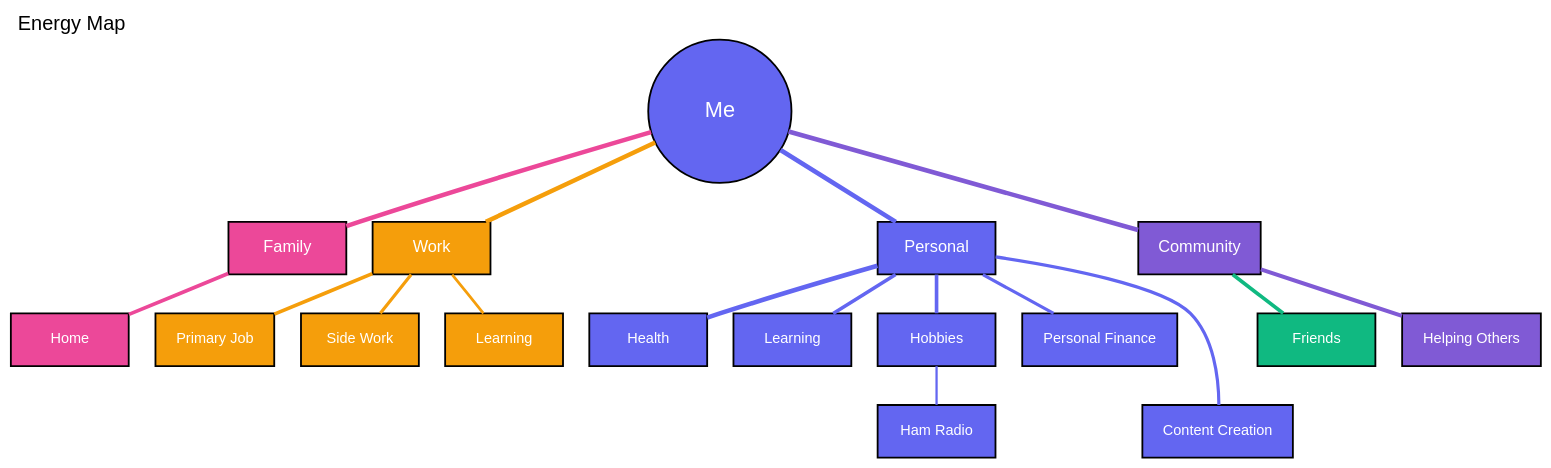
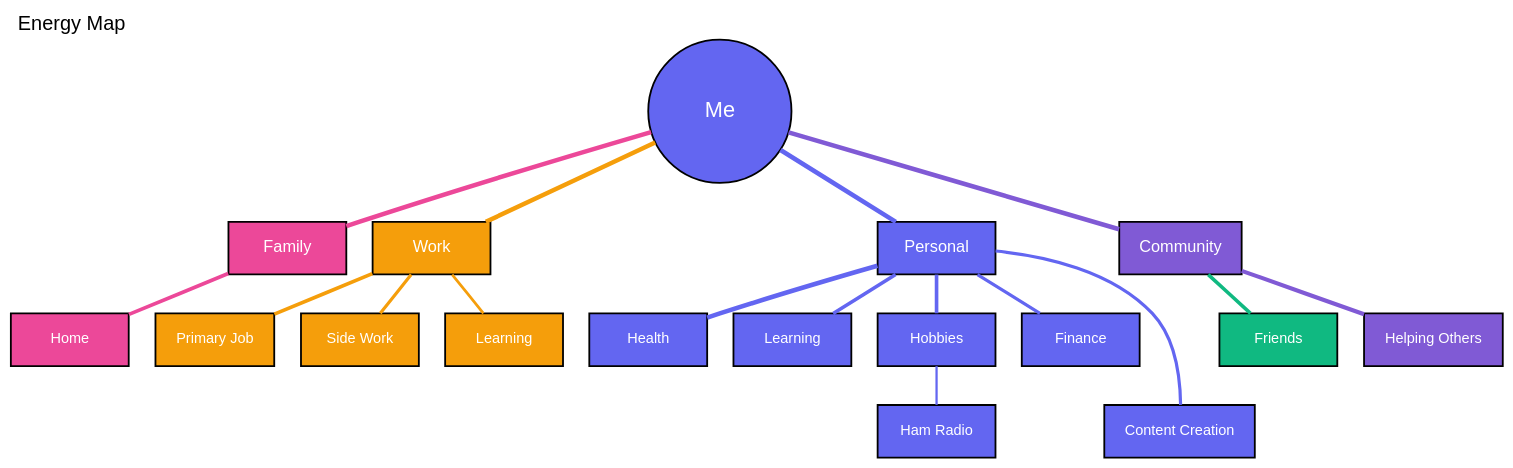
One commit to thejasonkendall/energy-map changed the diagram in input.dot. Above: the diagram before and after it, drawn with Graphviz.

```diff
--- a/input.dot
+++ b/input.dot
@@ -1,92 +1,92 @@
 digraph EnergyMap {
     // Basic settings
     graph [fontname="Arial", fontsize=22, fontcolor="black", label="Energy Map", labelloc=tl, labeljust=l, splines=true, nodesep=0.4, ranksep=0.6];
     node [fontname="Arial", style="filled", shape="box", fontcolor="white", fontsize=16, margin="0.3,0.2", height=0.8, width=1.8, penwidth=2];
     edge [penwidth=3, arrowhead=none];
     
     // Main node
     Me [fillcolor="#6366F1", shape="circle", width=2.2, height=2.2, label="Me", fontsize=24];
     
     // Family section
     Family [fillcolor="#EC4899", fontsize=18, label="Family"];
     Home [fillcolor="#EC4899", label="Home"];
     
     // Work section
     Work [fillcolor="#F59E0B", fontsize=18, label="Work"];
     PrimaryJob [fillcolor="#F59E0B", label="Primary Job"];
     SideWork [fillcolor="#F59E0B", label="Side Work"];
     WorkLearning [fillcolor="#F59E0B", label="Learning"];
     
     // Personal section
     Personal [fillcolor="#6366F1", fontsize=18, label="Personal"];
     Health [fillcolor="#6366F1", label="Health"];
     Learning [fillcolor="#6366F1", label="Learning"];
     Hobbies [fillcolor="#6366F1", label="Hobbies"];
-    Finance [fillcolor="#6366F1", label="Personal Finance"];
+    Finance [fillcolor="#6366F1", label="Finance"];
     ContentCreation [fillcolor="#6366F1", label="Content Creation"];
     HamRadio [fillcolor="#6366F1", label="Ham Radio"];
     
     // Community section
     Community [fillcolor="#805AD5", fontsize=18, label="Community"];
     Friends [fillcolor="#10B981", label="Friends"];
     Helping [fillcolor="#805AD5", label="Helping Others"];
     
     // Create the structured layout with 3 rows
     {rank=same; Me}
     {rank=same; Family; Work}
     {rank=same; Personal; Community}
     {rank=same; Home; PrimaryJob}
     {rank=same; Health; Friends}
     {rank=same; SideWork; Learning}
     {rank=same; WorkLearning; Hobbies}
     {rank=same; Finance; Helping}
     {rank=same; ContentCreation; HamRadio}
     
     // Connect Me directly to main categories
     Me -> Family [color="#EC4899", penwidth=5];
     Me -> Work [color="#F59E0B", penwidth=5];
     Me -> Personal [color="#6366F1", penwidth=5];
     Me -> Community [color="#805AD5", penwidth=5];
     
     // Family connections
     Family -> Home [color="#EC4899", penwidth=4];
     
     // Work connections
     Work -> PrimaryJob [color="#F59E0B", penwidth=4];
     Work -> SideWork [color="#F59E0B", penwidth=3.5];
     Work -> WorkLearning [color="#F59E0B", penwidth=3];
     
     // Personal connections
     Personal -> Health [color="#6366F1", penwidth=5];
     Personal -> Learning [color="#6366F1", penwidth=4];
     Personal -> Hobbies [color="#6366F1", penwidth=4];
     Personal -> Finance [color="#6366F1", penwidth=3.5];
     Personal -> ContentCreation [color="#6366F1", penwidth=3.5];
     Hobbies -> HamRadio [color="#6366F1", penwidth=2.5];
     
     // Community connections
     Community -> Friends [color="#10B981", penwidth=4];
     Community -> Helping [color="#805AD5", penwidth=4.5];
     
     // Force layout for main categories
     Family -> Work [style=invis];
     Personal -> Community [style=invis];
     
     // Use subgraphs to force organization into columns
     subgraph cluster_left {
         label="";
         color=white;
         Family; Home;
         Personal; Health; Learning; Hobbies; Finance; ContentCreation; HamRadio;
     }
     
     subgraph cluster_right {
         label="";
         color=white;
         Work; PrimaryJob; SideWork; WorkLearning;
         Community; Friends; Helping;
     }
     
     // Enforce top-down flow in the graph
     edge [constraint=true];
 }
```
